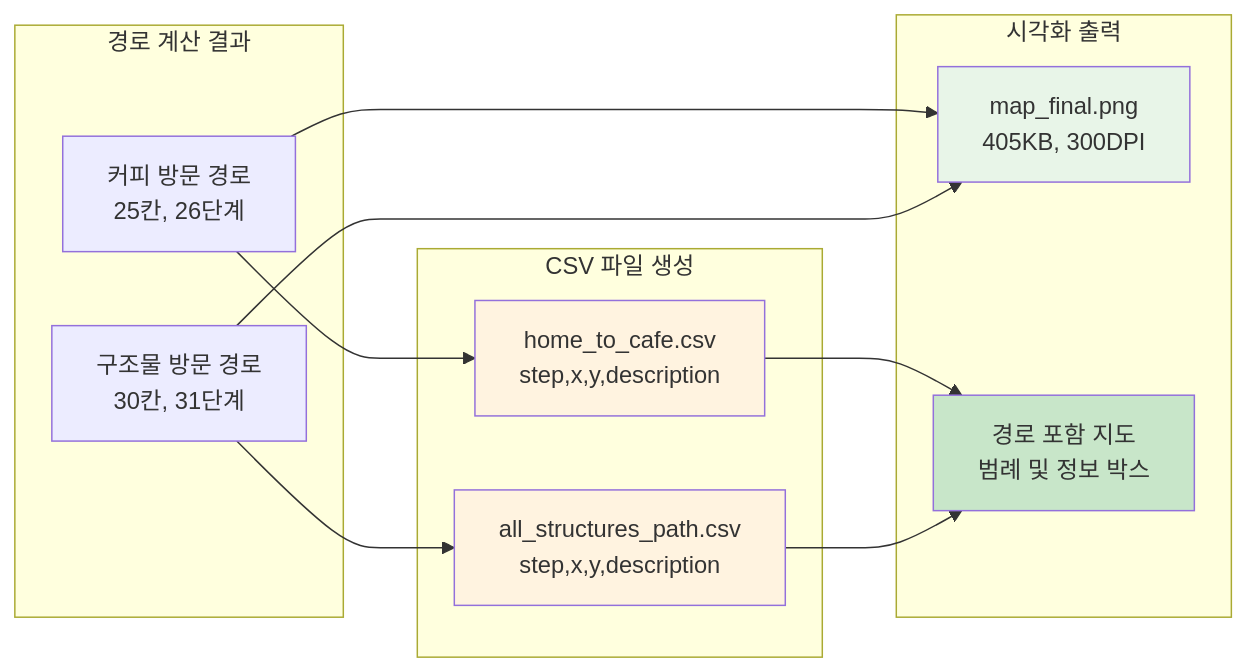
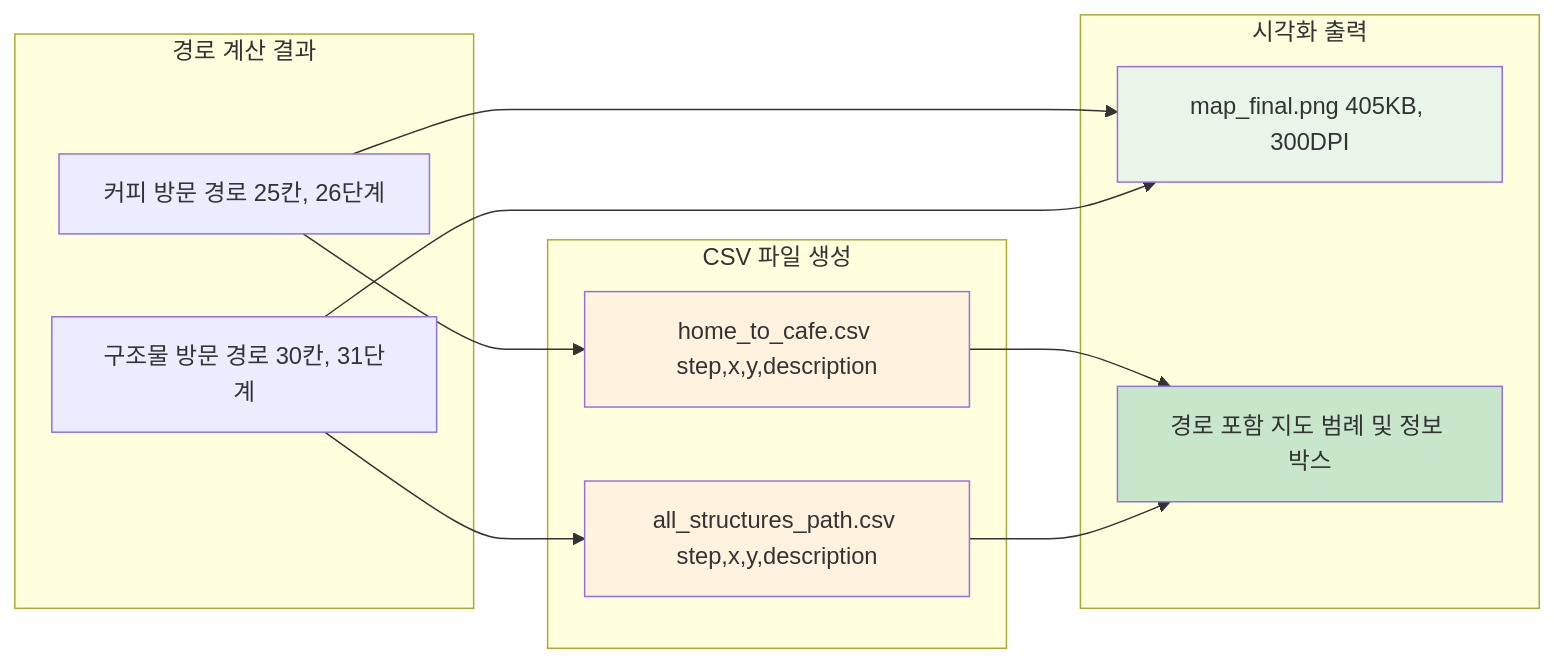
The sixth of 6 diagrams in 3단계_최단경로탐색.md (SteelCrab/ia-codyssey), drawn with Mermaid before and after one commit. The commit also changed other lines of this file and 3 other files, not shown here.

First line of the commit message:
fix: Mermaid 다이어그램 구문 오류 수정

````diff
--- a/3단계_최단경로탐색.md
+++ b/3단계_최단경로탐색.md
@@ -308,29 +308,29 @@
 ```mermaid
 flowchart LR
     subgraph "경로 계산 결과"
-        A1[커피 방문 경로<br/>25칸, 26단계]
-        A2[구조물 방문 경로<br/>30칸, 31단계]
+        A1[커피 방문 경로 25칸, 26단계]
+        A2[구조물 방문 경로 30칸, 31단계]
     end
     
     subgraph "CSV 파일 생성"
-        B1[home_to_cafe.csv<br/>step,x,y,description]
-        B2[all_structures_path.csv<br/>step,x,y,description]
+        B1[home_to_cafe.csv step,x,y,description]
+        B2[all_structures_path.csv step,x,y,description]
     end
     
     subgraph "시각화 출력"
-        C1[map_final.png<br/>405KB, 300DPI]
-        C2[경로 포함 지도<br/>범례 및 정보 박스]
+        C1[map_final.png 405KB, 300DPI]
+        C2[경로 포함 지도 범례 및 정보 박스]
     end
     
     A1 --> B1
     A2 --> B2
     A1 --> C1
     A2 --> C1
     B1 --> C2
     B2 --> C2
     
     style B1 fill:#fff3e0
     style B2 fill:#fff3e0
     style C1 fill:#e8f5e8
     style C2 fill:#c8e6c9
 ```
````
